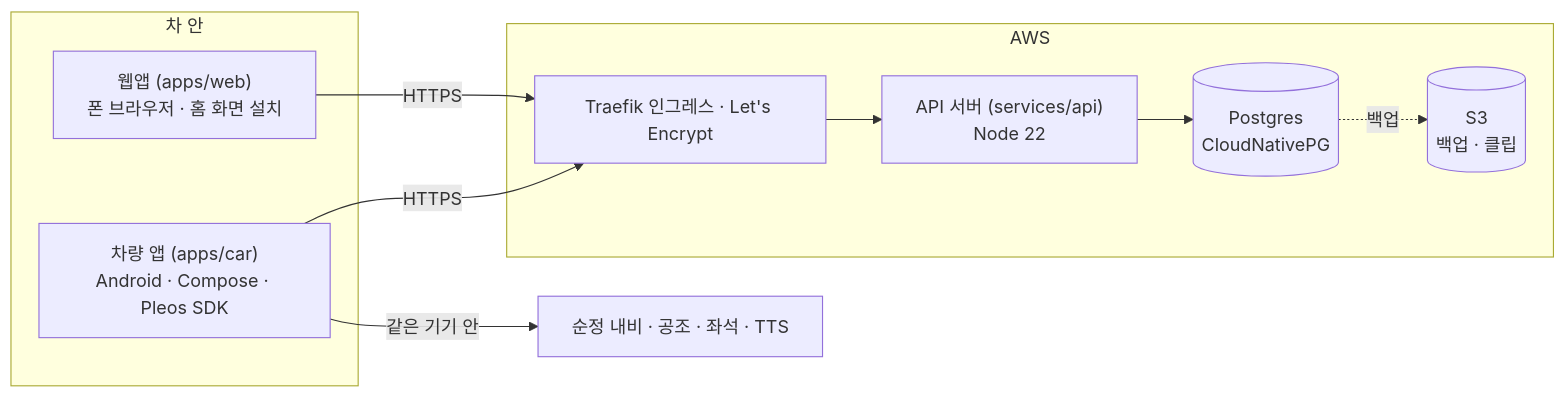
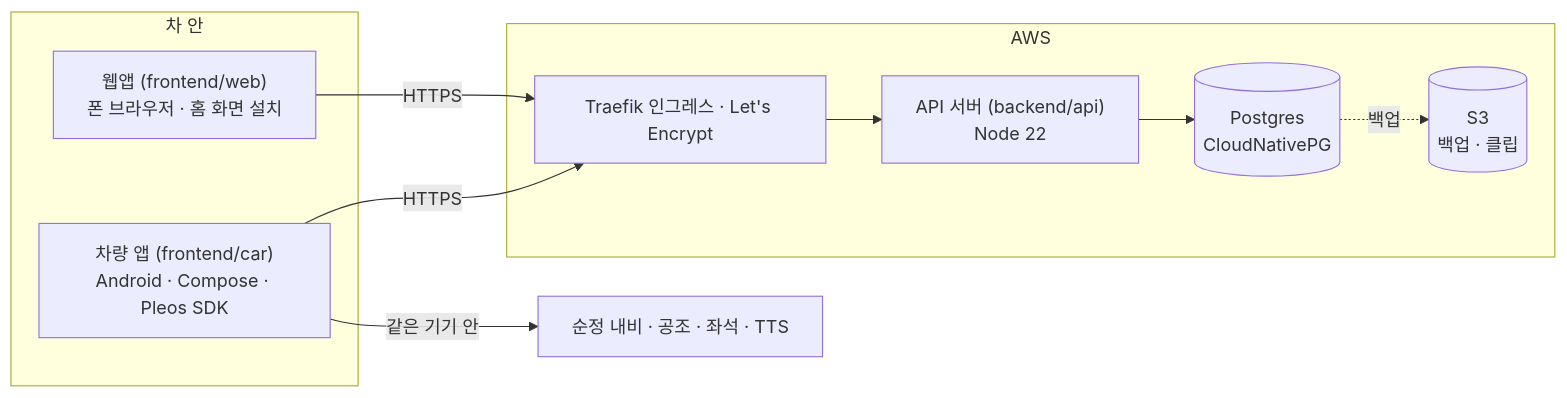
Before and after one commit to team-pitcrew/gachita: the diagram in docs/architecture.md, drawn with Mermaid. The commit also changed other lines of this file and 54 other files, not shown here.

````diff
--- a/docs/architecture.md
+++ b/docs/architecture.md
@@ -26,18 +27,18 @@
 ```mermaid
 flowchart LR
   subgraph 차 안
-    Car["차량 앱 (apps/car)\nAndroid · Compose · Pleos SDK"]
-    Phone["웹앱 (apps/web)\n폰 브라우저 · 홈 화면 설치"]
+    Car["차량 앱 (frontend/car)\nAndroid · Compose · Pleos SDK"]
+    Phone["웹앱 (frontend/web)\n폰 브라우저 · 홈 화면 설치"]
   end
   subgraph AWS
     Edge["Traefik 인그레스 · Let's Encrypt"]
-    API["API 서버 (services/api)\nNode 22"]
+    API["API 서버 (backend/api)\nNode 22"]
     PG[("Postgres\nCloudNativePG")]
     S3[("S3\n백업 · 클립")]
   end
   Car -->|HTTPS| Edge
   Phone -->|HTTPS| Edge
   Edge --> API --> PG
   PG -.->|백업| S3
   Car -->|같은 기기 안| Pleos["순정 내비 · 공조 · 좌석 · TTS"]
 ```
````
